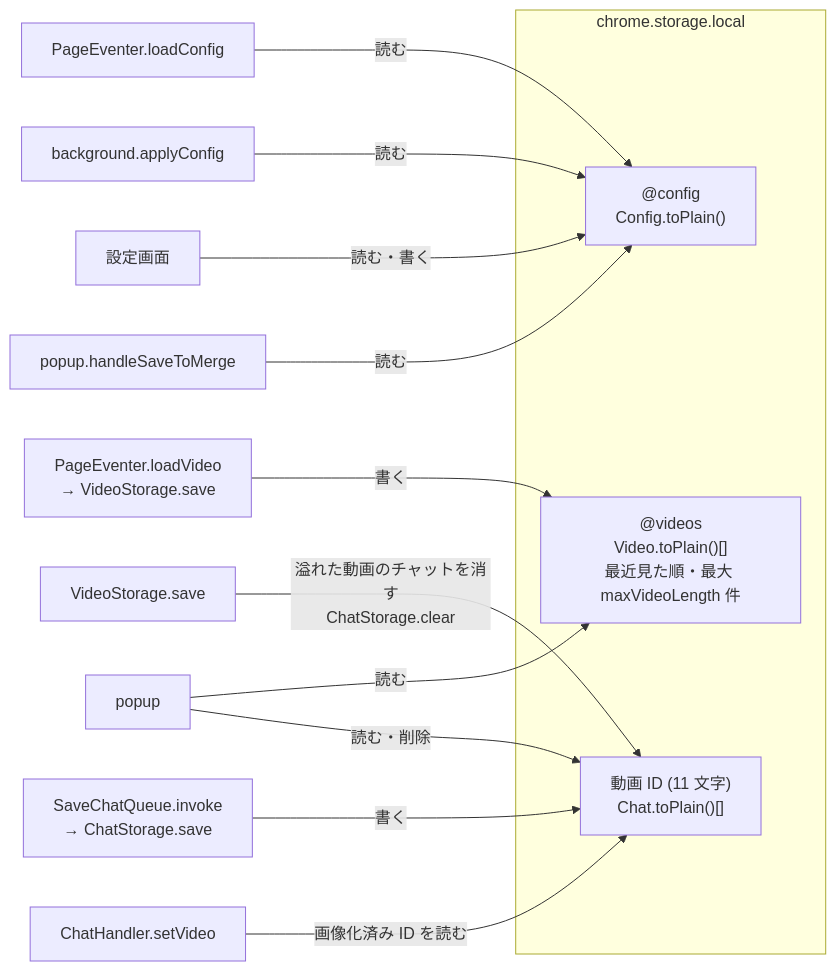
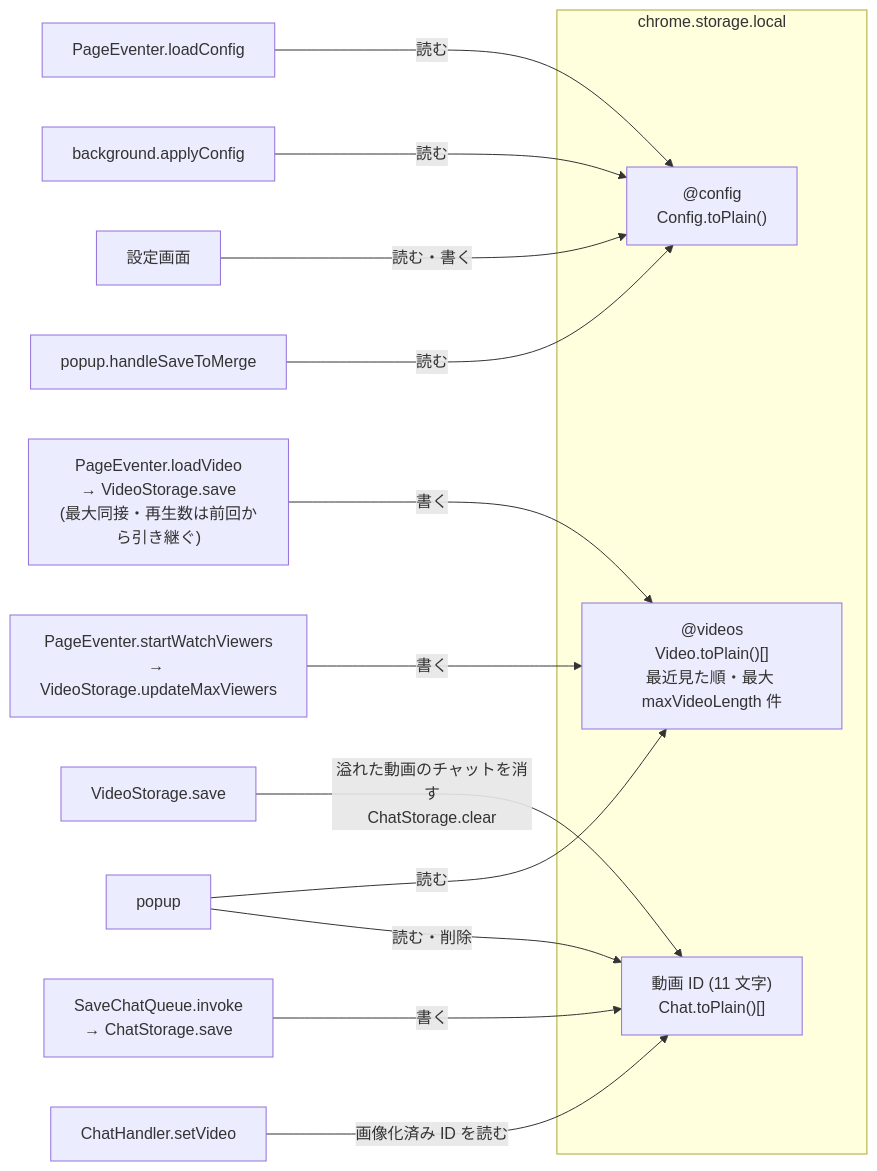
Before and after one commit to mbs-code/youtube_chat_recorder: diagram 13 of 14 in ARCHITECTURE.md, drawn with Mermaid. The commit also changed other lines of this file and 10 other files, not shown here.

````diff
--- a/ARCHITECTURE.md
+++ b/ARCHITECTURE.md
@@ -411,21 +414,22 @@
 ```mermaid
 flowchart LR
   subgraph S["chrome.storage.local"]
     K1["@config<br/>Config.toPlain()"]
     K2["@videos<br/>Video.toPlain()[]<br/>最近見た順・最大 maxVideoLength 件"]
     K3["動画 ID (11 文字)<br/>Chat.toPlain()[]"]
   end
 
   PE["PageEventer.loadConfig"] -- "読む" --> K1
   BGA["background.applyConfig"] -- "読む" --> K1
   OPT["設定画面"] -- "読む・書く" --> K1
   POPS["popup.handleSaveToMerge"] -- "読む" --> K1
 
-  LV["PageEventer.loadVideo<br/>→ VideoStorage.save"] -- "書く" --> K2
+  LV["PageEventer.loadVideo<br/>→ VideoStorage.save<br/>(最大同接・再生数は前回から引き継ぐ)"] -- "書く" --> K2
+  WV["PageEventer.startWatchViewers<br/>→ VideoStorage.updateMaxViewers"] -- "書く" --> K2
   VSS["VideoStorage.save"] -- "溢れた動画のチャットを消す<br/>ChatStorage.clear" --> K3
   POP["popup"] -- "読む" --> K2
 
   SQ["SaveChatQueue.invoke<br/>→ ChatStorage.save"] -- "書く" --> K3
   CH["ChatHandler.setVideo"] -- "画像化済み ID を読む" --> K3
   POP -- "読む・削除" --> K3
 ```
````
